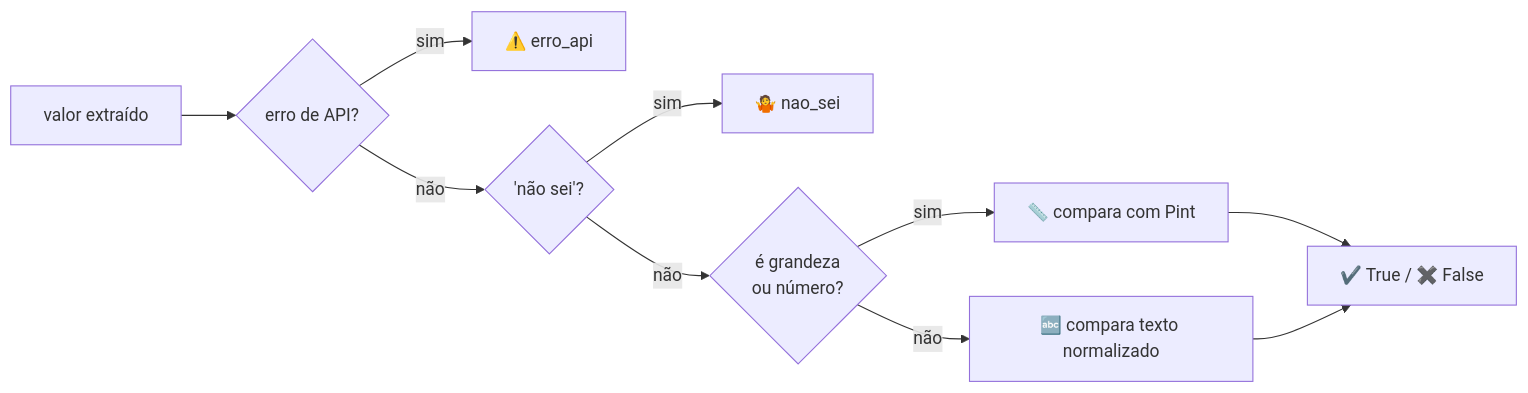
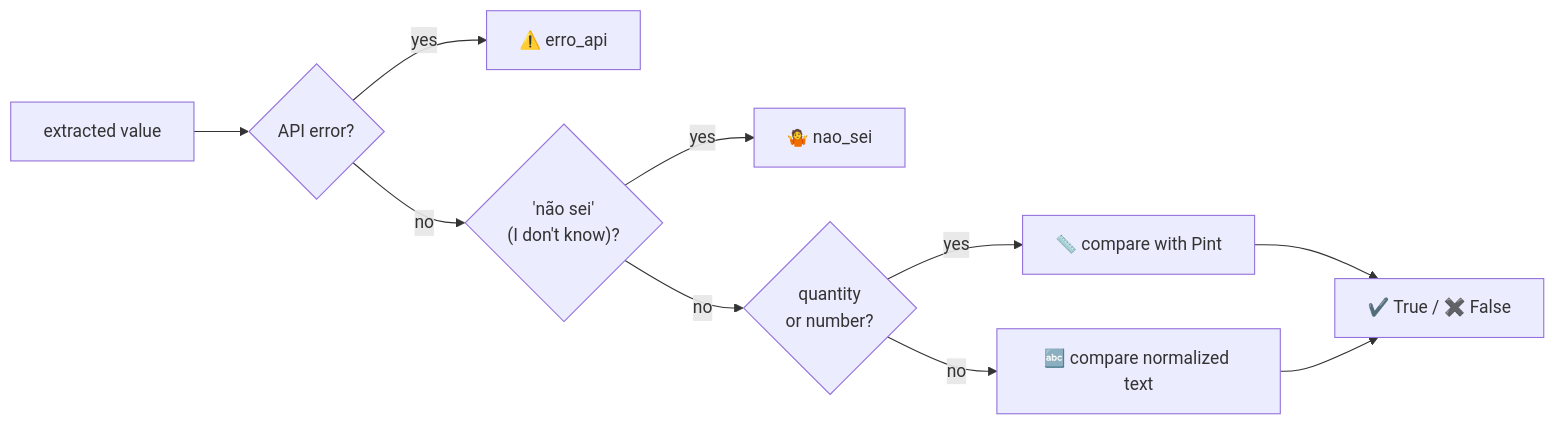
Before and after one commit to vinifrancioni/dissertacao-rag-datasheets-microcontroladores: the diagram in README.md, drawn with Mermaid. The commit also changed other lines of this file, not shown here.

````diff
--- a/README.md
+++ b/README.md
@@ -212,12 +213,12 @@
 ```mermaid
 flowchart LR
-    R["valor extraído"] --> E{"erro de API?"}
-    E -- sim --> X["⚠️ erro_api"]
-    E -- não --> N{"'não sei'?"}
-    N -- sim --> NS["🤷 nao_sei"]
-    N -- não --> G{"é grandeza<br/>ou número?"}
-    G -- sim --> P["📏 compara com Pint"]
-    G -- não --> T["🔤 compara texto normalizado"]
+    R["extracted value"] --> E{"API error?"}
+    E -- yes --> X["⚠️ erro_api"]
+    E -- no --> N{"'não sei'<br/>(I don't know)?"}
+    N -- yes --> NS["🤷 nao_sei"]
+    N -- no --> G{"quantity<br/>or number?"}
+    G -- yes --> P["📏 compare with Pint"]
+    G -- no --> T["🔤 compare normalized text"]
     P --> V["✔️ True / ✖️ False"]
     T --> V
 ```
````
